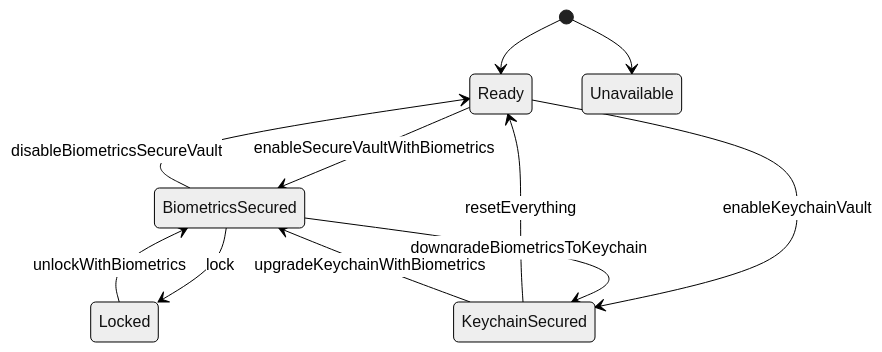
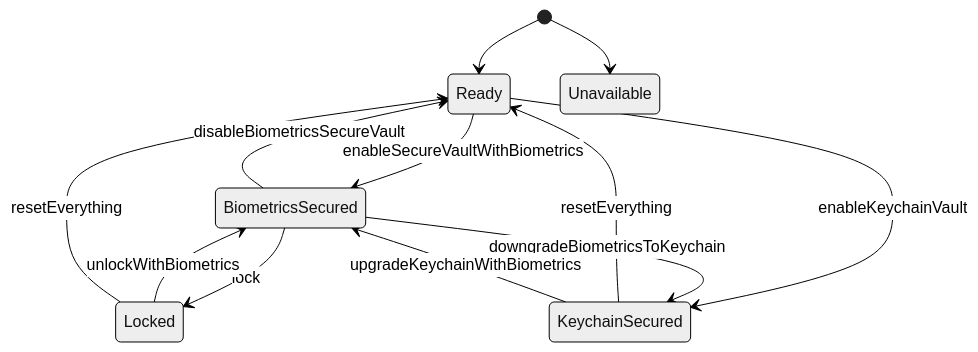
One commit to ariskox/BiometricsVault changed the diagram in README.md. Above: the diagram before and after it, drawn with Mermaid (neutral theme).

````diff
--- a/README.md
+++ b/README.md
@@ -134,13 +134,14 @@
 ```mermaid
 stateDiagram-v2
     [*] --> Ready
     [*] --> Unavailable
     Ready --> ΒiometricsSecured: enableSecureVaultWithBiometrics
     ΒiometricsSecured --> Locked: lock
     Locked --> ΒiometricsSecured: unlockWithBiometrics
     Ready --> KeychainSecured: enableKeychainVault
     KeychainSecured --> Ready: resetEverything
     ΒiometricsSecured --> Ready: disableBiometricsSecureVault
     ΒiometricsSecured --> KeychainSecured: downgradeBiometricsToKeychain
     KeychainSecured --> ΒiometricsSecured: upgradeKeychainWithBiometrics
+    Locked --> Ready: resetEverything
 ```
````
